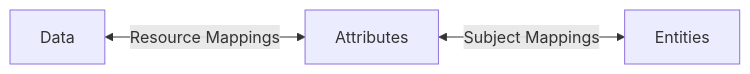
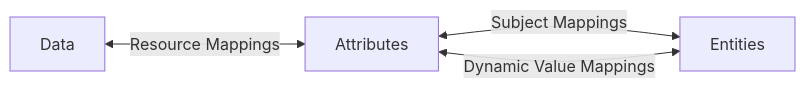
One commit to opentdf/docs changed the diagram in docs/components/policy/index.md. Above: the diagram before and after it, drawn with Mermaid. The commit also changed other lines of this file and 1 other file, not shown here.

Commit message:
docs(policy): document dynamic value mappings (#385)
## Summary

- explain Dynamic Value Mapping configuration, evaluation, resolver
behavior, and constraints
- add a patient assignment example with matching outcomes
- link the page from the Policy overview

## Testing

- `vale docs/components/policy/dynamic-value-mappings.mdx
docs/components/policy/index.md`
- `npm run check-vendored-yaml`
- `npm run build`

<!-- This is an auto-generated comment: release notes by coderabbit.ai
-->
## Summary by CodeRabbit

* **Documentation**
* Added comprehensive documentation for Dynamic Value Mappings,
including configuration, composition, resolver operators, evaluation
behavior, constraints, and CLI usage.
* Added Dynamic Value Mappings to the policy documentation overview and
relationship diagram.
* Clarified key-status semantics and the requirements for maintaining
alphabetical key-status sorting.
* **New Features**
  * Added key-status sorting as a supported policy key sorting option.
<!-- end of auto-generated comment: release notes by coderabbit.ai -->

````diff
--- a/docs/components/policy/index.md
+++ b/docs/components/policy/index.md
@@ -9,5 +9,6 @@
 ```mermaid
 graph LR;
   Data<-- Resource Mappings -->Attributes;
   Attributes<-- Subject Mappings -->Entities;
+  Attributes<-- Dynamic Value Mappings -->Entities;
 ```
````
